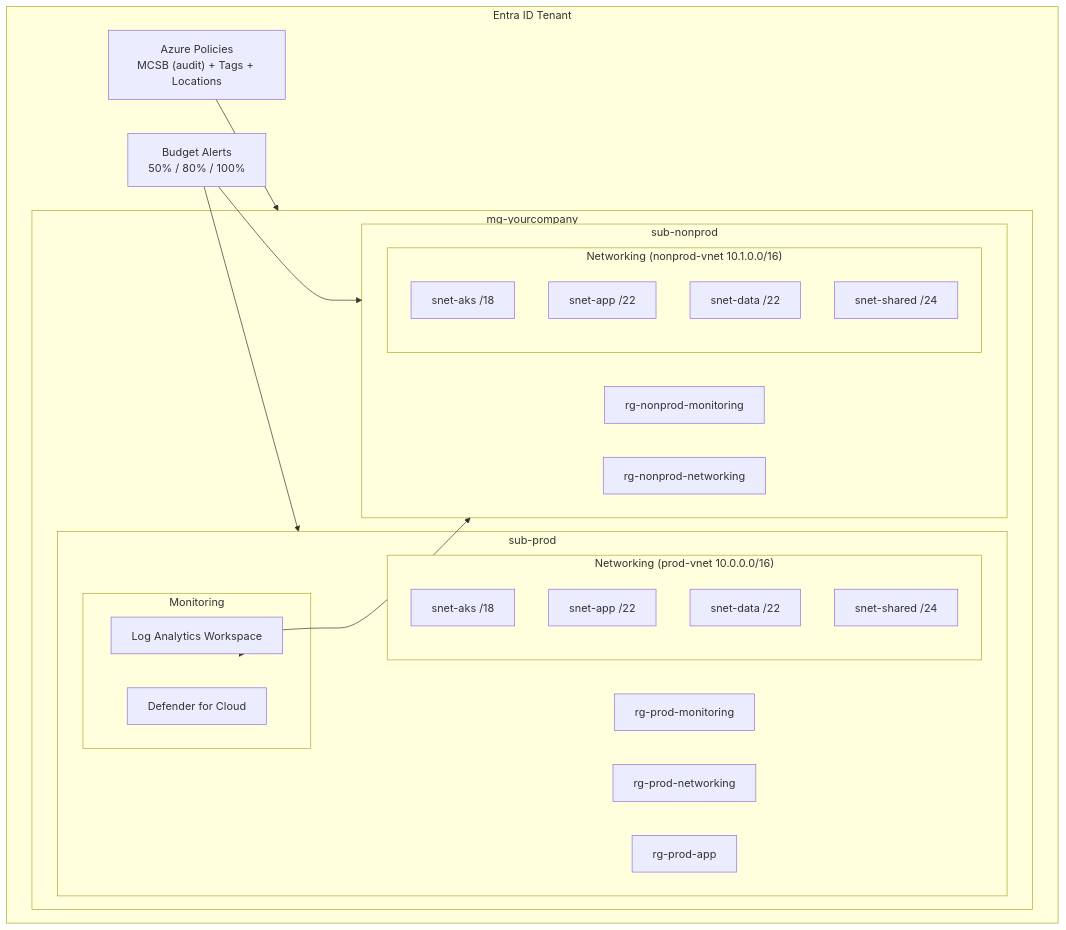
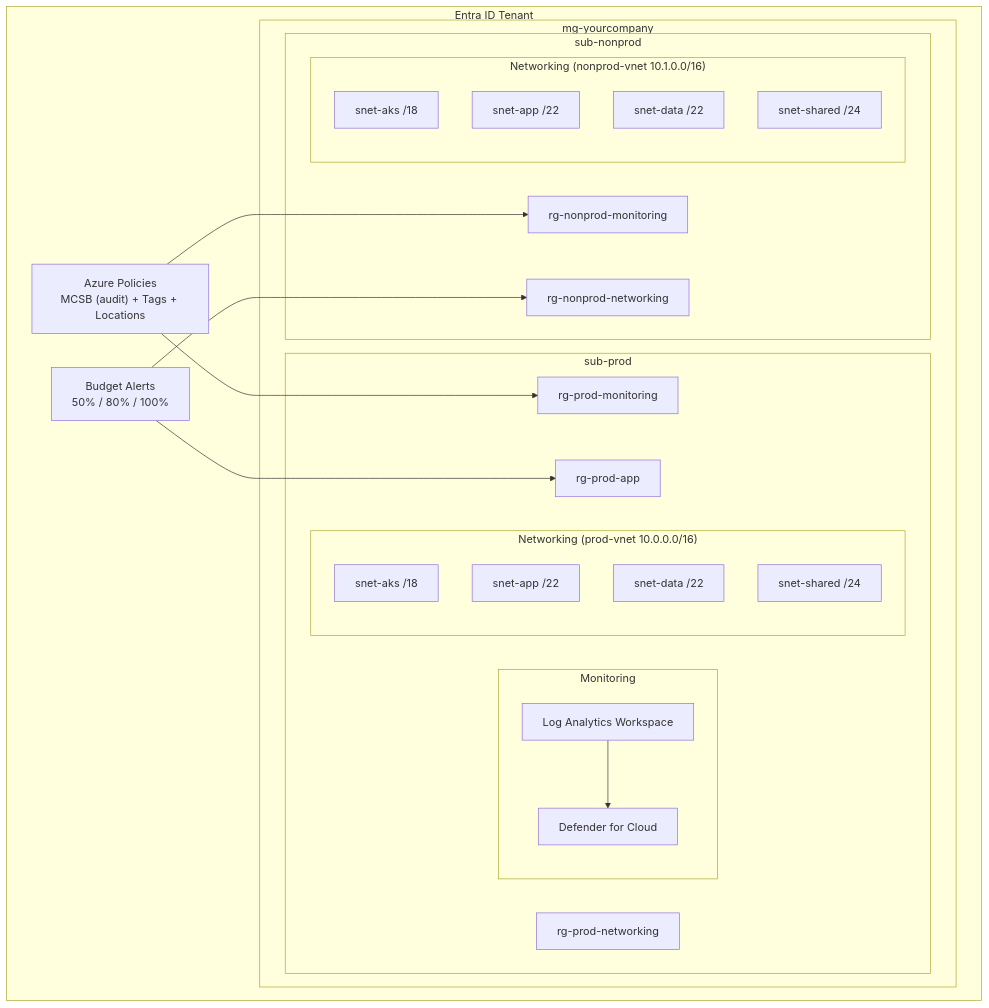
One commit to ricmmartins/sslz changed the first of 4 diagrams in diagrams/architecture.md. Above: the diagram before and after it, drawn with Mermaid. The commit also changed other lines of this file and 26 other files, not shown here.

````diff
--- a/diagrams/architecture.md
+++ b/diagrams/architecture.md
@@ -5,45 +5,45 @@
 ```mermaid
 graph TB
     subgraph "Entra ID Tenant"
         subgraph "mg-yourcompany"
             subgraph "sub-prod"
                 rg_mon_p["rg-prod-monitoring"]
                 rg_net_p["rg-prod-networking"]
                 rg_app_p["rg-prod-app"]
 
                 subgraph "Monitoring"
                     law["Log Analytics Workspace"]
                     defender["Defender for Cloud"]
                 end
 
                 subgraph "Networking (prod-vnet 10.0.0.0/16)"
                     snet_aks["snet-aks /18"]
                     snet_app["snet-app /22"]
                     snet_data["snet-data /22"]
                     snet_shared["snet-shared /24"]
                 end
             end
 
             subgraph "sub-nonprod"
                 rg_mon_n["rg-nonprod-monitoring"]
                 rg_net_n["rg-nonprod-networking"]
 
                 subgraph "Networking (nonprod-vnet 10.1.0.0/16)"
                     snet_aks_n["snet-aks /18"]
                     snet_app_n["snet-app /22"]
                     snet_data_n["snet-data /22"]
                     snet_shared_n["snet-shared /24"]
                 end
             end
         end
 
         policies["Azure Policies<br/>MCSB (audit) + Tags + Locations"]
         budgets["Budget Alerts<br/>50% / 80% / 100%"]
     end
 
-    policies --> mg-yourcompany
-    budgets --> sub-prod
-    budgets --> sub-nonprod
-    law --> sub-prod
-    law --> sub-nonprod
+    policies --> rg_mon_p
+    policies --> rg_mon_n
+    budgets --> rg_app_p
+    budgets --> rg_net_n
+    law --> defender
 ```
````
